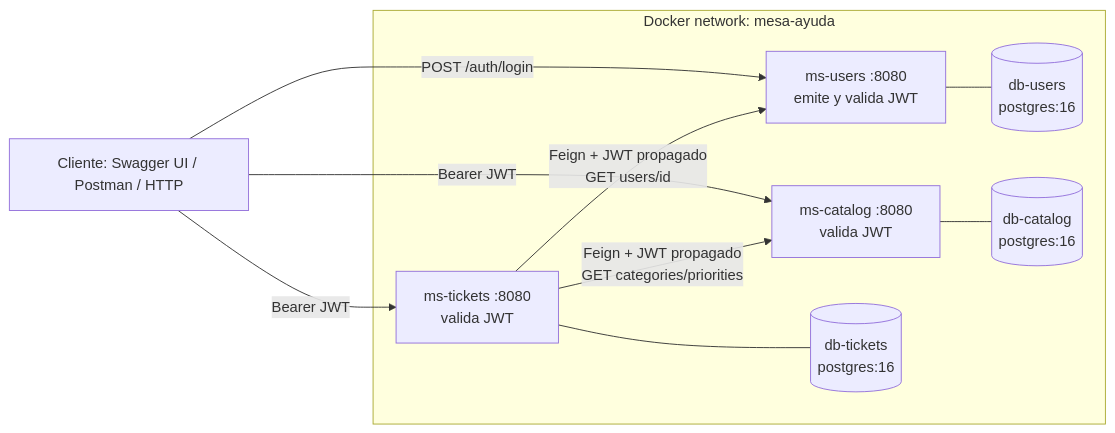
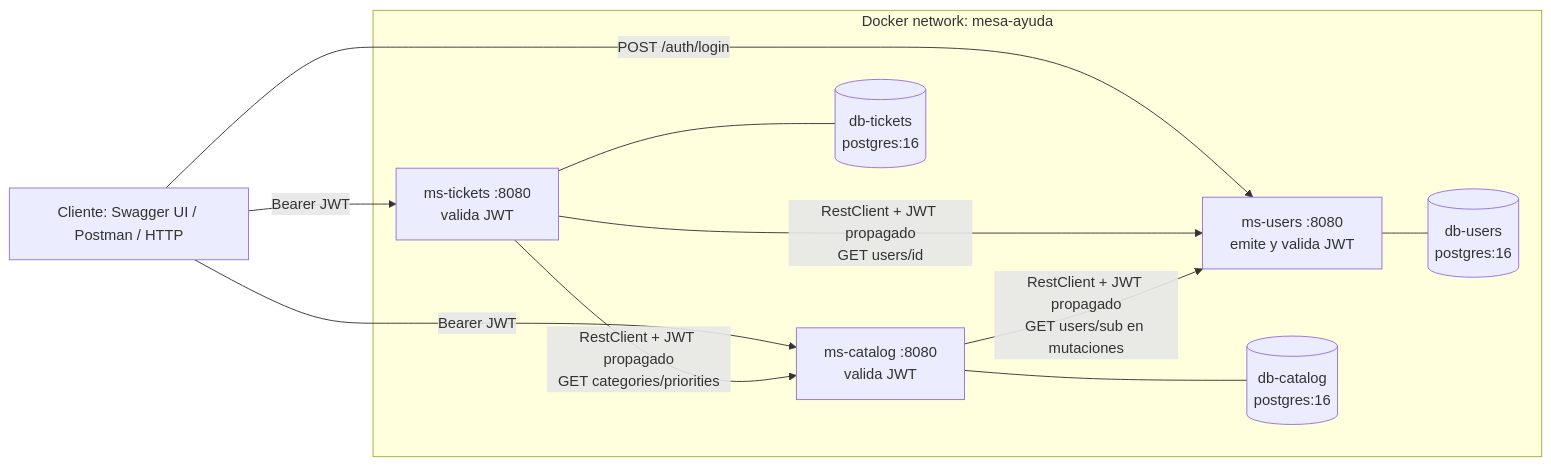
The first of 6 diagrams in ARCHITECTURE.md (valsebDev/beca-ia-equipo-1), drawn with Mermaid before and after one commit. The commit also changed other lines of this file and 1 other file, not shown here.

Commit message:
P2: Arquitectura modificada para usar Rest client

````diff
--- a/ARCHITECTURE.md
+++ b/ARCHITECTURE.md
@@ -37,14 +39,15 @@
 ```mermaid
 flowchart LR
     C[Cliente: Swagger UI / Postman / HTTP] -->|POST /auth/login| U
     C -->|Bearer JWT| T
     C -->|Bearer JWT| K
 
     subgraph net[Docker network: mesa-ayuda]
       U[ms-users :8080<br/>emite y valida JWT] --- DBU[(db-users<br/>postgres:16)]
       K[ms-catalog :8080<br/>valida JWT] --- DBK[(db-catalog<br/>postgres:16)]
       T[ms-tickets :8080<br/>valida JWT] --- DBT[(db-tickets<br/>postgres:16)]
-      T -->|Feign + JWT propagado<br/>GET categories/priorities| K
-      T -->|Feign + JWT propagado<br/>GET users/id| U
+      T -->|RestClient + JWT propagado<br/>GET categories/priorities| K
+      T -->|RestClient + JWT propagado<br/>GET users/id| U
+      K -->|RestClient + JWT propagado<br/>GET users/sub en mutaciones| U
     end
 ```
````
